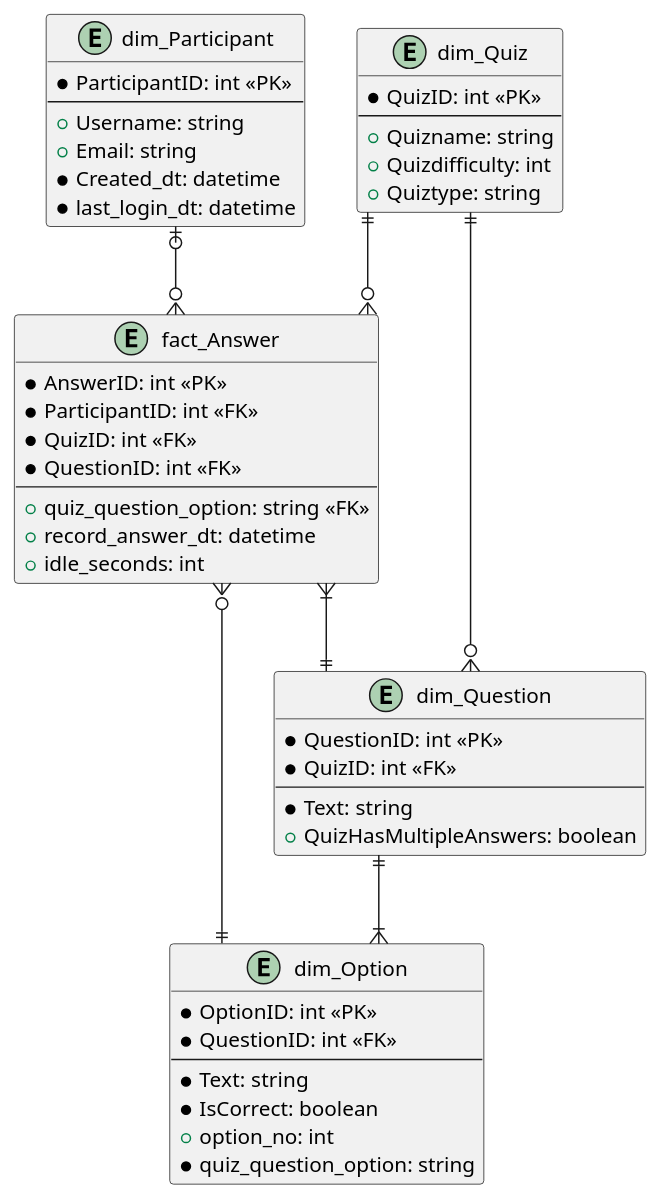
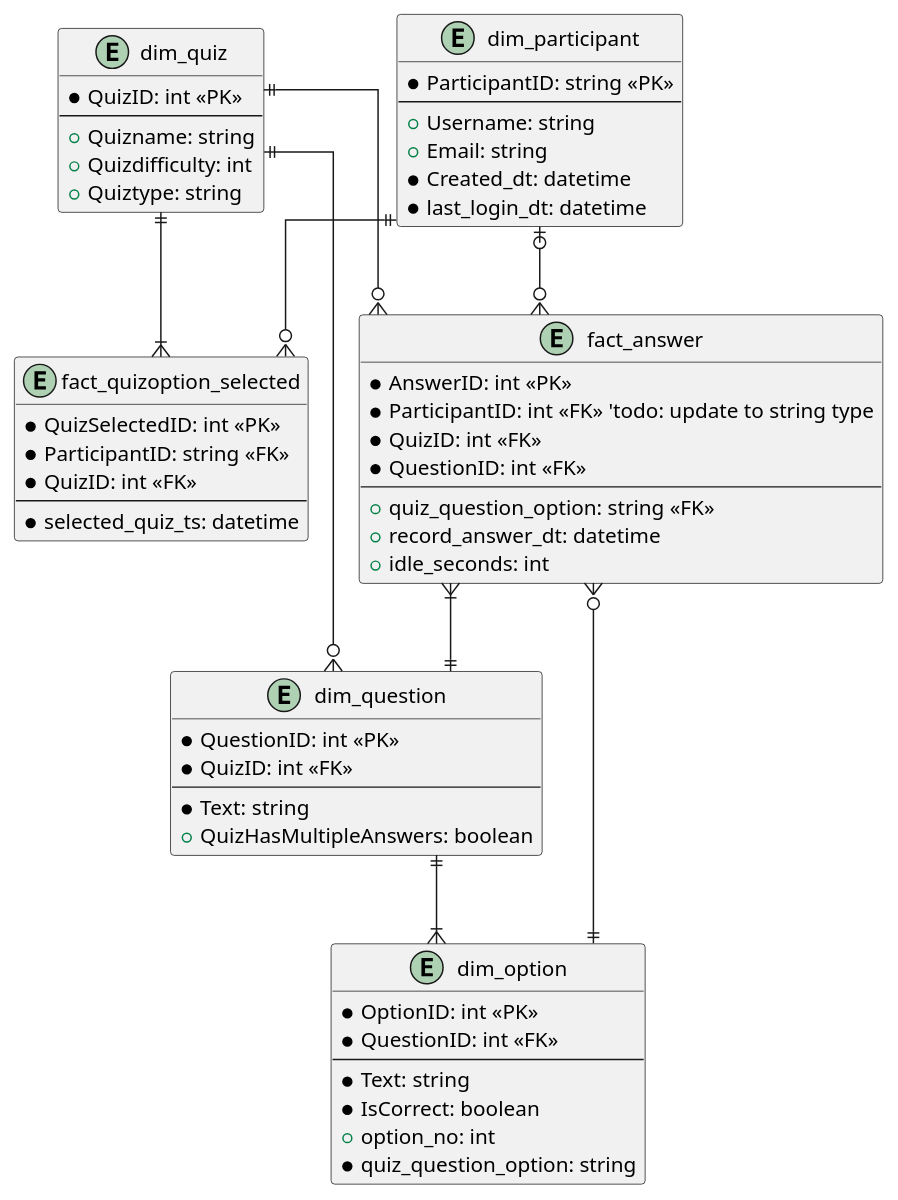
One commit to lydnguyen/StudyBuddy changed the diagram in database_ddl/ER_diagram.puml. Above: the diagram before and after it, drawn with PlantUML. The commit also changed 5 other files, not shown here.

```diff
--- a/database_ddl/ER_diagram.puml
+++ b/database_ddl/ER_diagram.puml
@@ -1,60 +1,70 @@
 @startuml
 'reference https://plantuml.com/ie-diagram
 ' avoid problems with angled crows feet
 skinparam linetype ortho
 
-entity dim_Participant {
-  *ParticipantID: int <<PK>>
+entity dim_participant {
+  *ParticipantID: string <<PK>>
   --
   +Username: string
   +Email: string
   *Created_dt: datetime
   *last_login_dt: datetime
 }
 
-entity dim_Quiz {
+entity dim_quiz {
   *QuizID: int <<PK>>
   --
   +Quizname: string
   +Quizdifficulty: int
   +Quiztype: string
 }
 
-entity dim_Question {
+entity dim_question {
   *QuestionID: int <<PK>>
   *QuizID: int <<FK>>
   --
   *Text: string
   +QuizHasMultipleAnswers: boolean
 }
 
-entity dim_Option {
+entity dim_option {
   *OptionID: int <<PK>>
   *QuestionID: int <<FK>>
   --
   *Text: string
   *IsCorrect: boolean
   +option_no: int
   *quiz_question_option: string
 }
 
-
-entity fact_Answer {
+entity fact_answer {
   *AnswerID: int <<PK>>
-  *ParticipantID: int <<FK>>
+  *ParticipantID: int <<FK>> 'todo: update to string type
   *QuizID: int <<FK>>
   *QuestionID: int <<FK>>
   --
   +quiz_question_option: string <<FK>>
   +record_answer_dt: datetime
   +idle_seconds: int
 }
 
+entity fact_quizoption_selected {
+  *QuizSelectedID: int <<PK>>
+  *ParticipantID: string <<FK>>
+  *QuizID: int <<FK>>
+  --
+  *selected_quiz_ts: datetime
+}
 
-dim_Quiz ||--o{ dim_Question
-dim_Quiz ||--o{ fact_Answer
-dim_Question ||--|{ dim_Option
-dim_Participant |o--o{ fact_Answer
-fact_Answer }|--|| dim_Question
-fact_Answer }o--|| dim_Option
+
+dim_quiz ||--o{ dim_question
+dim_quiz ||--o{ fact_answer
+dim_quiz ||--|{ fact_quizoption_selected
+dim_question ||--|{ dim_option
+dim_participant |o--o{ fact_answer
+dim_participant ||--o{ fact_quizoption_selected
+fact_answer }|--|| dim_question
+fact_answer }o--|| dim_option
+
 @enduml
```
